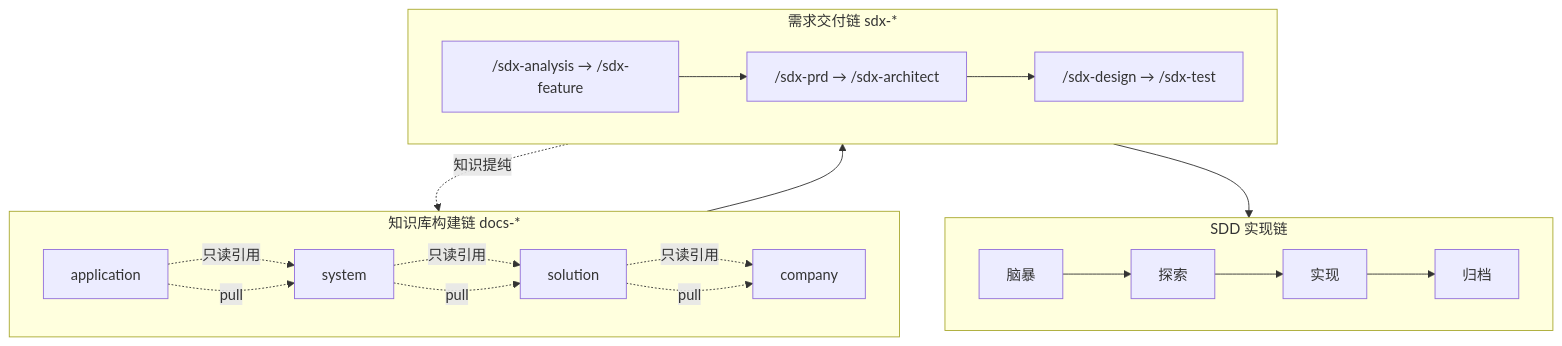
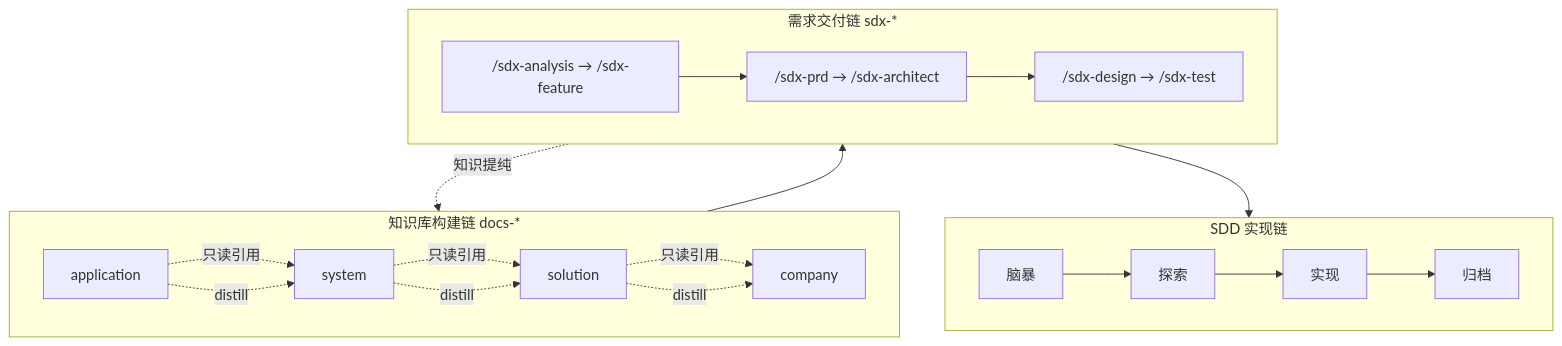
Before and after one commit to oleewen/ai-knowledge: the diagram in README.md, drawn with Mermaid. The commit also changed other lines of this file and 73 other files, not shown here.

````diff
--- a/README.md
+++ b/README.md
@@ -113,18 +113,18 @@
 ```mermaid
 flowchart TD
     subgraph KB["知识库构建链 docs-*"]
         direction LR
         KB_APP["application"] -. 只读引用 .-> KB_SYS["system"] -. 只读引用 .-> KB_SLN["solution"] -. 只读引用 .-> KB_CO["company"]
-        KB_APP -. pull .-> KB_SYS -. pull .-> KB_SLN -. pull .-> KB_CO
+        KB_APP -. distill .-> KB_SYS -. distill .-> KB_SLN -. distill .-> KB_CO
     end
     subgraph RD["需求交付链 sdx-*"]
         direction LR
         RD1["/sdx-analysis → /sdx-feature"] --> RD2["/sdx-prd → /sdx-architect"] --> RD3["/sdx-design → /sdx-test"]
     end
     subgraph SDD["SDD 实现链"]
         direction LR
         SDD1["脑暴"] --> SDD2["探索"] --> SDD3["实现"] --> SDD4["归档"]
     end
     RD -. 知识提纯 .-> KB
     KB --> RD --> SDD
 ```
````
